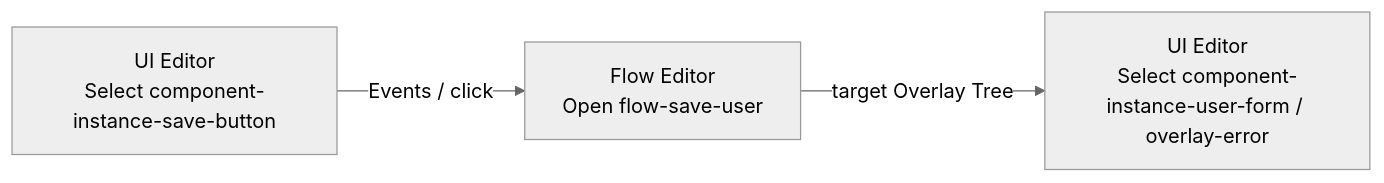
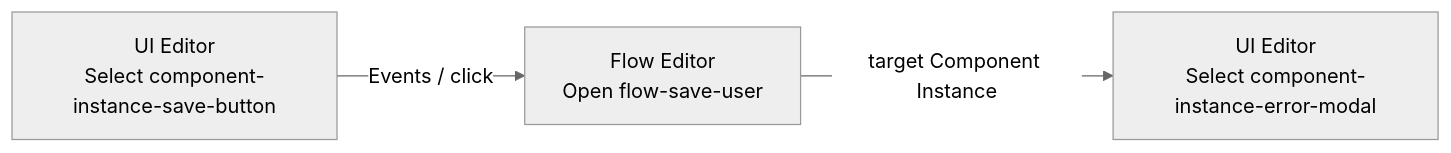
The first of 2 diagrams in docs/architecture/08-editor-preview-and-debugging.md (northwest-hcu/FlagShip), drawn with Mermaid (neutral theme) before and after one commit. The commit also changed other lines of this file and 46 other files, not shown here.

````diff
--- a/docs/architecture/08-editor-preview-and-debugging.md
+++ b/docs/architecture/08-editor-preview-and-debugging.md
@@ -37,8 +35,8 @@
 ```mermaid
 flowchart LR
     SelectButton["UI Editor<br/>Select component-instance-save-button"]
     OpenFlow["Flow Editor<br/>Open flow-save-user"]
-    SelectOverlay["UI Editor<br/>Select component-instance-user-form / overlay-error"]
+    SelectOverlay["UI Editor<br/>Select component-instance-error-modal"]
     SelectButton -->|"Events / click"| OpenFlow
-    OpenFlow -->|"target Overlay Tree"| SelectOverlay
+    OpenFlow -->|"target Component Instance"| SelectOverlay
 ```
````
